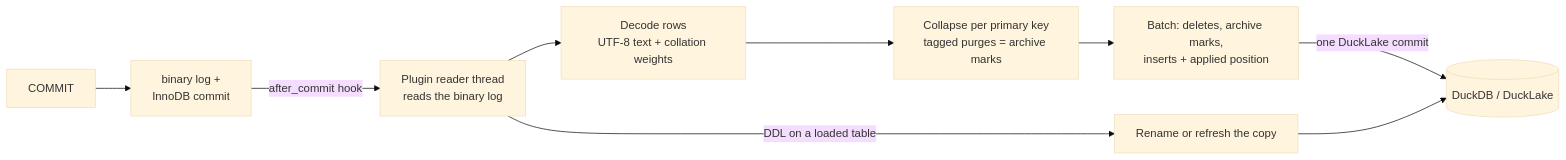
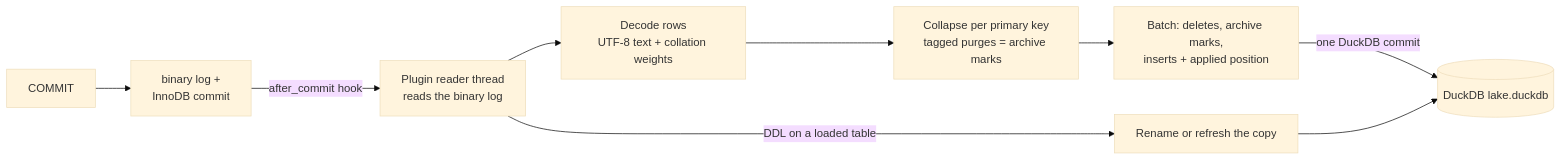
Before and after one commit to Tusamarco/percona-server: the second of 3 diagrams in .github/README.md, drawn with Mermaid (base theme). The commit also changed other lines of this file and 28 other files, not shown here.

````diff
--- a/.github/README.md
+++ b/.github/README.md
@@ -63,11 +63,11 @@
 ```mermaid
 flowchart LR
     C[COMMIT] --> BL[binary log +<br/>InnoDB commit]
     BL -->|after_commit hook| RD[Plugin reader thread<br/>reads the binary log]
     RD --> DC[Decode rows<br/>UTF-8 text + collation weights]
     DC --> CL[Collapse per primary key<br/>tagged purges = archive marks]
     CL --> BT[Batch: deletes, archive marks,<br/>inserts + applied position]
-    BT -->|one DuckLake commit| DL[(DuckDB / DuckLake)]
+    BT -->|one DuckDB commit| DL[(DuckDB lake.duckdb)]
     RD -->|DDL on a loaded table| RF[Rename or refresh the copy]
     RF --> DL
 ```
````
